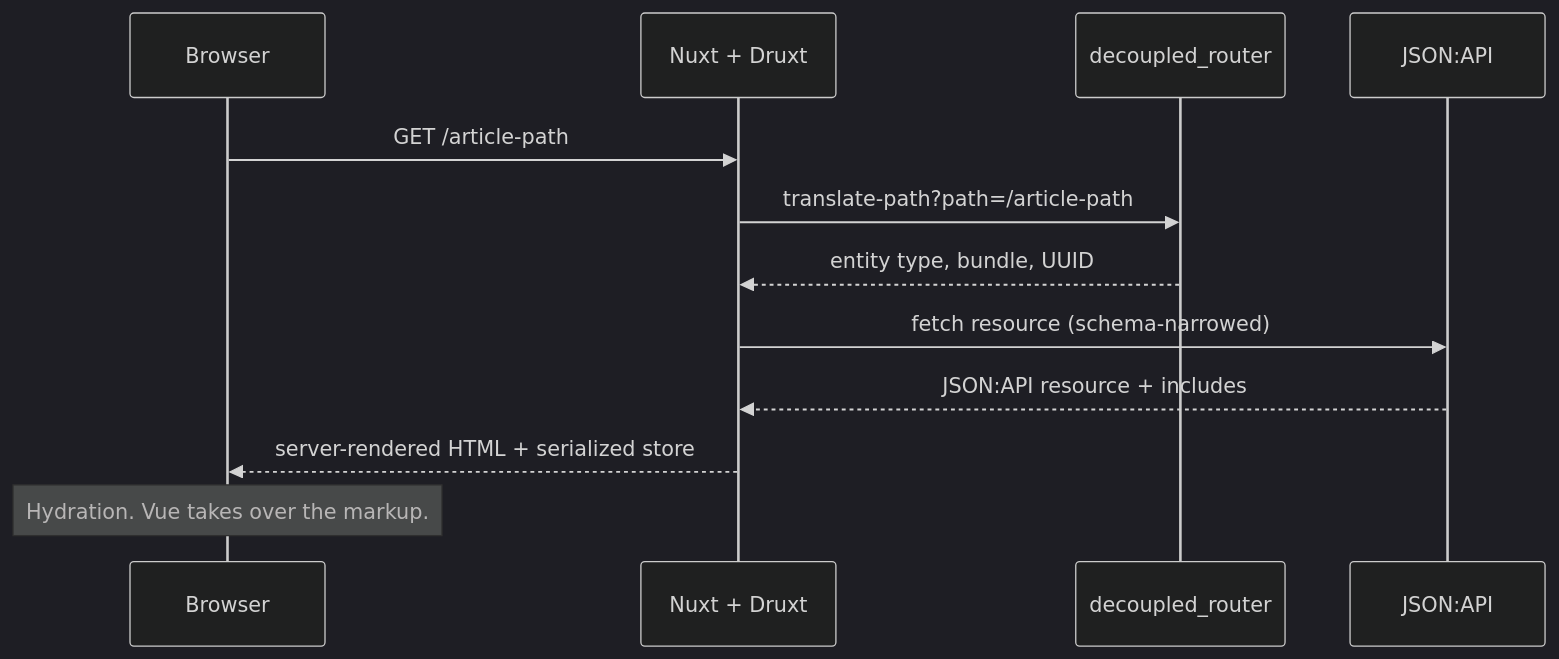
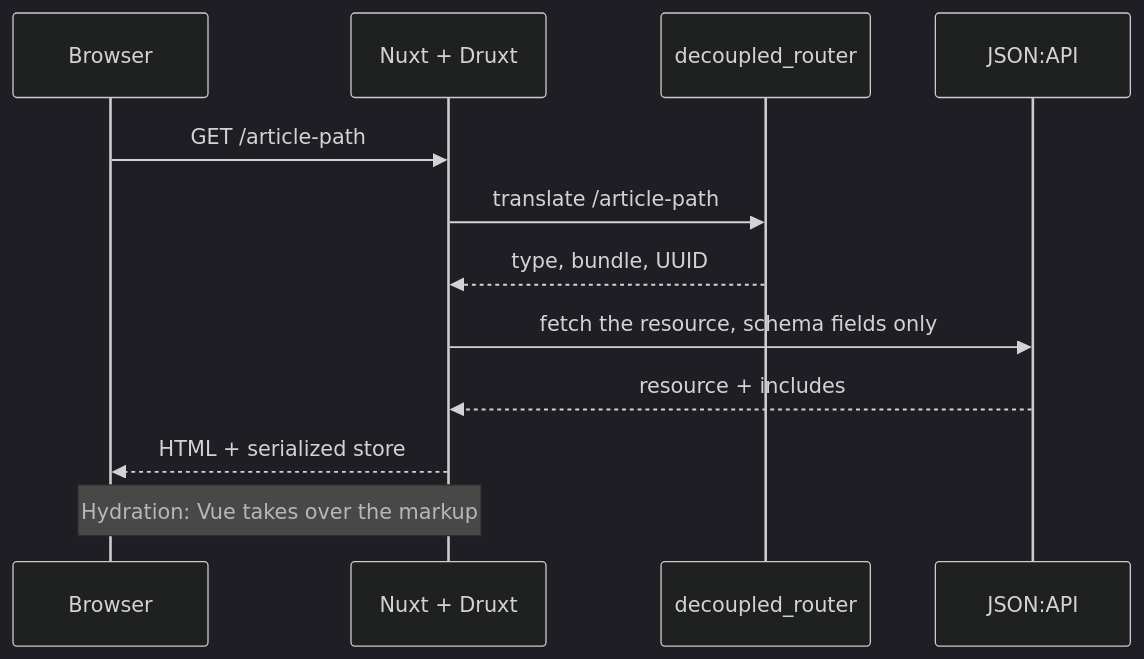
The diagram in docs/nuxt/content/explanation/architecture.md (druxt/druxt.js), drawn with Mermaid (dark theme) before and after one commit. The commit also changed 3 other files, not shown here.

Commit message:
docs: apply the diagram design round to the mermaid sources

````diff
--- a/docs/nuxt/content/explanation/architecture.md
+++ b/docs/nuxt/content/explanation/architecture.md
@@ -48,15 +48,15 @@
 ```mermaid
 %% One page request through the decoupled stack, from browser to hydration
 sequenceDiagram
   participant B as Browser
   participant N as Nuxt + Druxt
   participant DR as decoupled_router
   participant JA as JSON:API
   B->>N: GET /article-path
-  N->>DR: translate-path?path=/article-path
-  DR-->>N: entity type, bundle, UUID
-  N->>JA: fetch resource (schema-narrowed)
-  JA-->>N: JSON:API resource + includes
-  N-->>B: server-rendered HTML + serialized store
-  Note over B: Hydration. Vue takes over the markup.
+  N->>DR: translate /article-path
+  DR-->>N: type, bundle, UUID
+  N->>JA: fetch the resource, schema fields only
+  JA-->>N: resource + includes
+  N-->>B: HTML + serialized store
+  Note over B,N: Hydration: Vue takes over the markup
 ```
````
